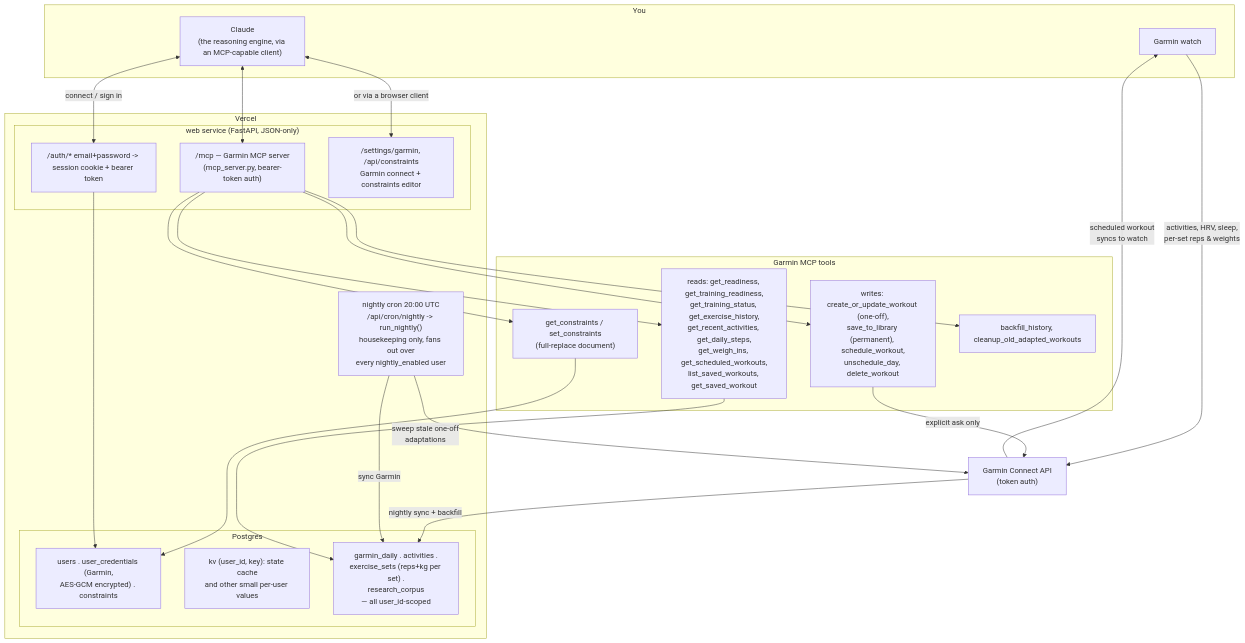
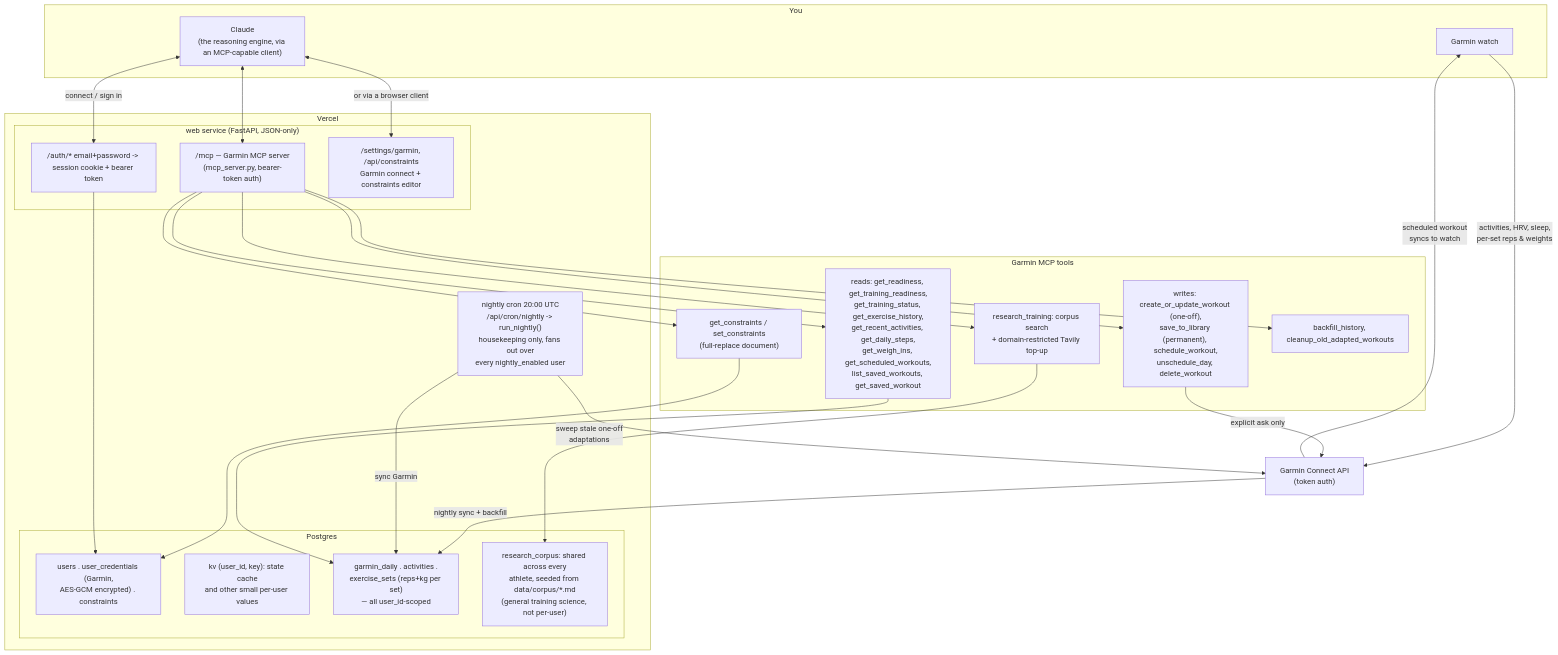
Before and after one commit to Lakshita110/jim-fitness-agent: the diagram in docs/architecture.md, drawn with Mermaid. The commit also changed 10 other files, not shown here.

First line of the commit message:
Wire research_training into MCP + seed a shared, athlete-agnostic corpus

````diff
--- a/docs/architecture.md
+++ b/docs/architecture.md
@@ -10,46 +10,49 @@
 ```mermaid
 flowchart TB
     subgraph you["You"]
         WATCH["Garmin watch"]
         CLAUDE["Claude<br/>(the reasoning engine, via an MCP-capable client)"]
     end
 
     subgraph vercel["Vercel"]
         subgraph web["web service (FastAPI, JSON-only)"]
             MCPAPI["/mcp — Garmin MCP server<br/>(mcp_server.py, bearer-token auth)"]
             AUTHAPI["/auth/* email+password -> session cookie + bearer token"]
             SETTINGS["/settings/garmin, /api/constraints<br/>Garmin connect + constraints editor"]
         end
         CRON["nightly cron 20:00 UTC<br/>/api/cron/nightly -> run_nightly()<br/>housekeeping only, fans out over<br/>every nightly_enabled user"]
         subgraph pg["Postgres"]
             USERS["users . user_credentials (Garmin,<br/>AES-GCM encrypted) . constraints"]
             KV["kv (user_id, key): state cache<br/>and other small per-user values"]
-            TABLES["garmin_daily . activities .<br/>exercise_sets (reps+kg per set) .<br/>research_corpus<br/>— all user_id-scoped"]
+            TABLES["garmin_daily . activities .<br/>exercise_sets (reps+kg per set)<br/>— all user_id-scoped"]
+            CORPUS["research_corpus: shared across every<br/>athlete, seeded from data/corpus/*.md<br/>(general training science, not per-user)"]
         end
     end
 
     subgraph tools["Garmin MCP tools"]
         READS["reads: get_readiness, get_training_readiness,<br/>get_training_status, get_exercise_history,<br/>get_recent_activities, get_daily_steps,<br/>get_weigh_ins, get_scheduled_workouts,<br/>list_saved_workouts, get_saved_workout"]
         WRITES["writes: create_or_update_workout (one-off),<br/>save_to_library (permanent), schedule_workout,<br/>unschedule_day, delete_workout"]
         CONSTRAINTS["get_constraints / set_constraints<br/>(full-replace document)"]
+        RESEARCH["research_training: corpus search<br/>+ domain-restricted Tavily top-up"]
         BACKFILL["backfill_history, cleanup_old_adapted_workouts"]
     end
 
     GARMINAPI["Garmin Connect API<br/>(token auth)"]
 
     WATCH -->|"activities, HRV, sleep,<br/>per-set reps & weights"| GARMINAPI
     GARMINAPI -->|"nightly sync + backfill"| TABLES
 
     CRON -->|"sync Garmin"| TABLES
     CRON -->|"sweep stale one-off<br/>adaptations"| GARMINAPI
 
     CLAUDE <--> MCPAPI
-    MCPAPI --> READS & WRITES & CONSTRAINTS & BACKFILL
+    MCPAPI --> READS & WRITES & CONSTRAINTS & RESEARCH & BACKFILL
     READS --> TABLES
     CONSTRAINTS --> USERS
+    RESEARCH --> CORPUS
     WRITES -->|"explicit ask only"| GARMINAPI
     GARMINAPI -->|"scheduled workout<br/>syncs to watch"| WATCH
 
     CLAUDE <-->|"connect / sign in"| AUTHAPI --> USERS
     CLAUDE <-->|"or via a browser client"| SETTINGS
 ```
````
